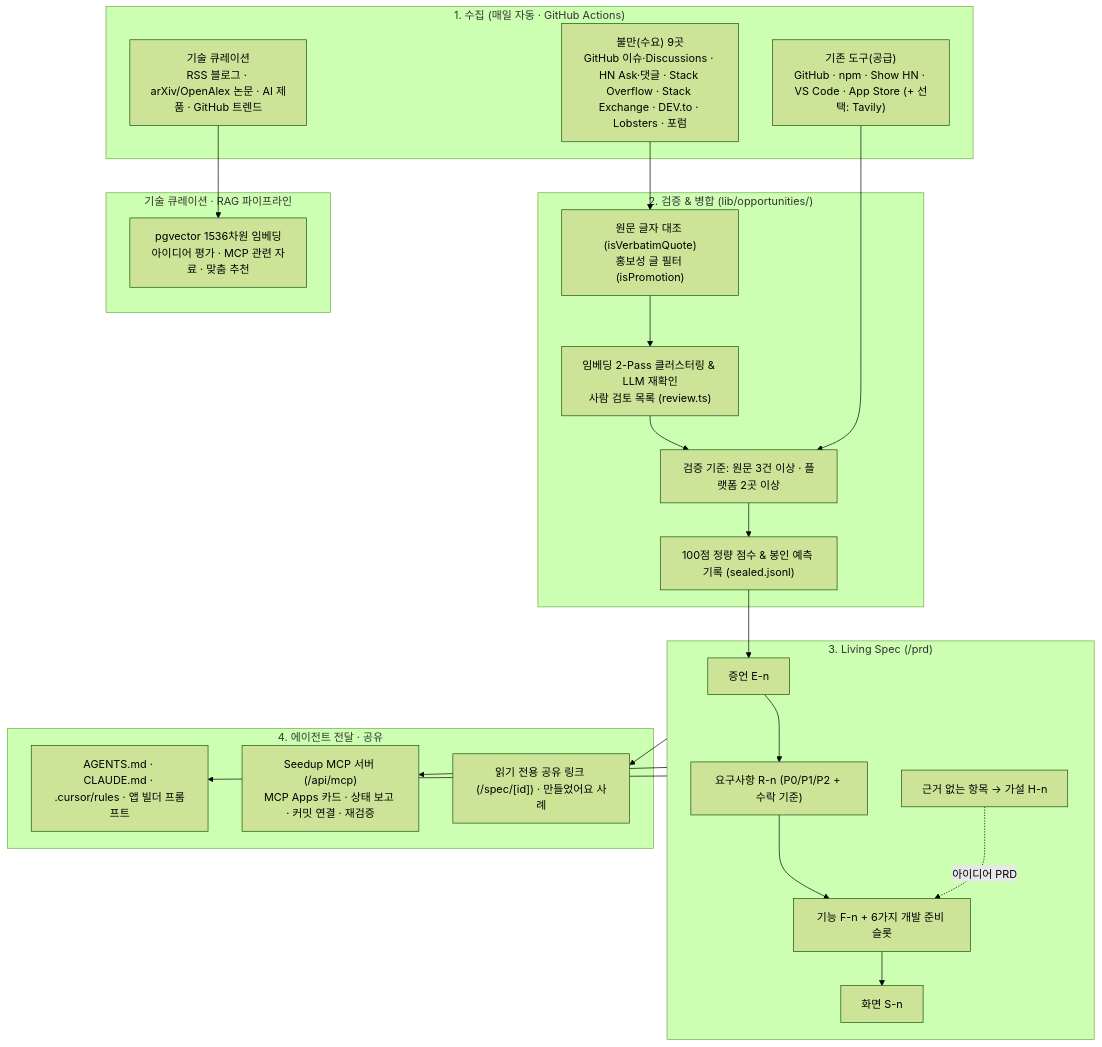
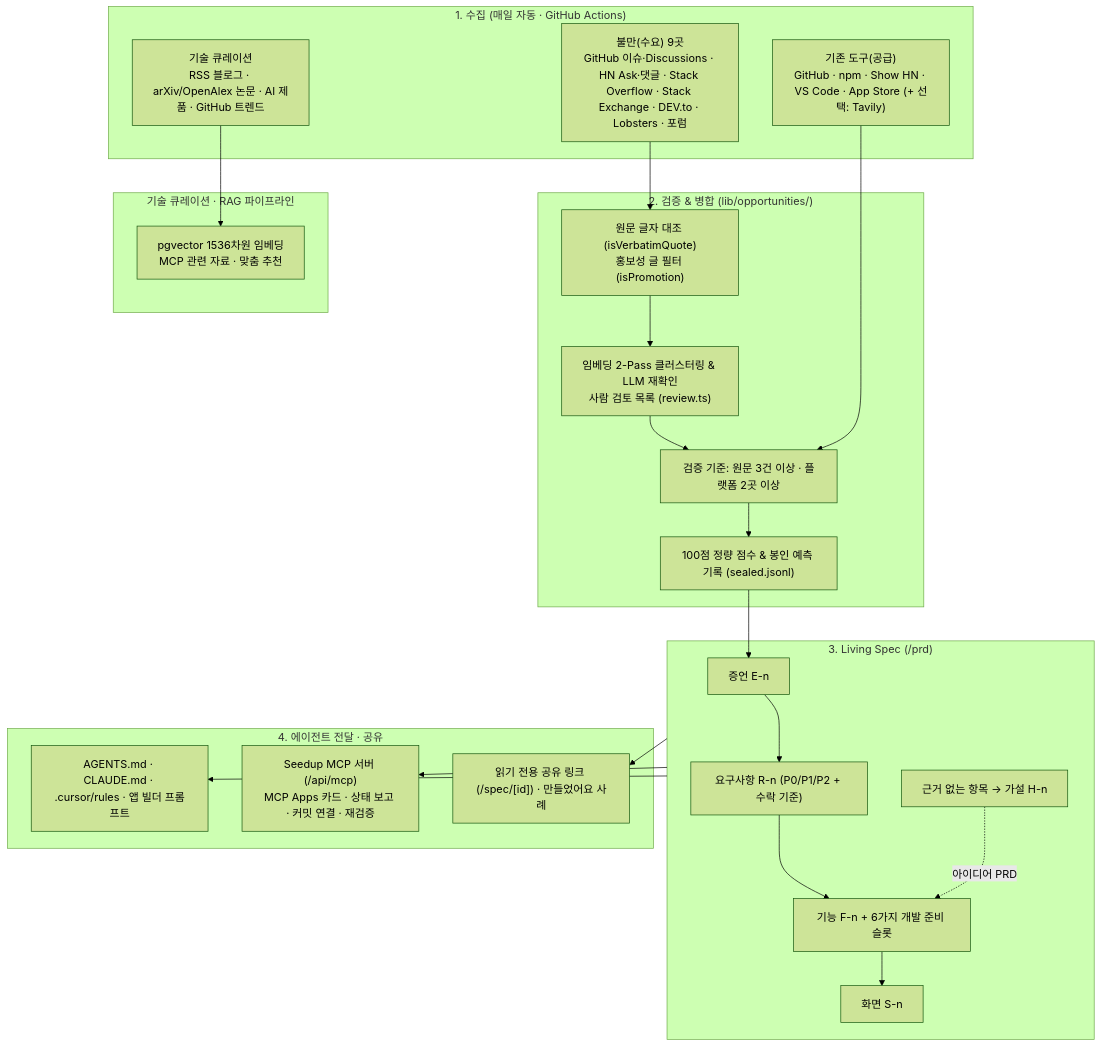
Before and after one commit to rerereally/Seedup_ver2: the diagram in README.md, drawn with Mermaid (forest theme). The commit also changed other lines of this file and 20 other files, not shown here.

````diff
--- a/README.md
+++ b/README.md
@@ -46,41 +46,41 @@
 ```mermaid
 flowchart TB
   subgraph S["1. 수집 (매일 자동 · GitHub Actions)"]
     D1["불만(수요) 9곳<br/>GitHub 이슈·Discussions · HN Ask·댓글 · Stack Overflow · Stack Exchange · DEV.to · Lobsters · 포럼"]
     D2["기존 도구(공급)<br/>GitHub · npm · Show HN · VS Code · App Store (+ 선택: Tavily)"]
     D3["기술 큐레이션<br/>RSS 블로그 · arXiv/OpenAlex 논문 · AI 제품 · GitHub 트렌드"]
   end
 
   subgraph V["2. 검증 & 병합 (lib/opportunities/)"]
     V1["원문 글자 대조 (isVerbatimQuote)<br/>홍보성 글 필터 (isPromotion)"]
     V2["임베딩 2-Pass 클러스터링 & LLM 재확인<br/>사람 검토 목록 (review.ts)"]
     V3["검증 기준: 원문 3건 이상 · 플랫폼 2곳 이상"]
     V4["100점 정량 점수 & 봉인 예측 기록 (sealed.jsonl)"]
     V1 --> V2 --> V3 --> V4
   end
 
   subgraph C["기술 큐레이션 · RAG 파이프라인"]
-    RAG["pgvector 1536차원 임베딩<br/>아이디어 평가 · MCP 관련 자료 · 맞춤 추천"]
+    RAG["pgvector 1536차원 임베딩<br/>MCP 관련 자료 · 맞춤 추천"]
   end
 
   subgraph L["3. Living Spec (/prd)"]
     E["증언 E-n"] --> R["요구사항 R-n (P0/P1/P2 + 수락 기준)"]
     R --> F["기능 F-n + 6가지 개발 준비 슬롯"]
     F --> SC["화면 S-n"]
     H["근거 없는 항목 → 가설 H-n"] -. "아이디어 PRD" .-> F
   end
 
   subgraph A["4. 에이전트 전달 · 공유"]
     A1["AGENTS.md · CLAUDE.md · .cursor/rules · 앱 빌더 프롬프트"]
     A2["Seedup MCP 서버 (/api/mcp)<br/>MCP Apps 카드 · 상태 보고 · 커밋 연결 · 재검증"]
     A3["읽기 전용 공유 링크 (/spec/[id]) · 만들었어요 사례"]
   end
 
   D1 --> V1
   D2 --> V3
   D3 --> RAG
   V4 --> E
   L --> A1
   L --> A2
   L --> A3
 ```
````
